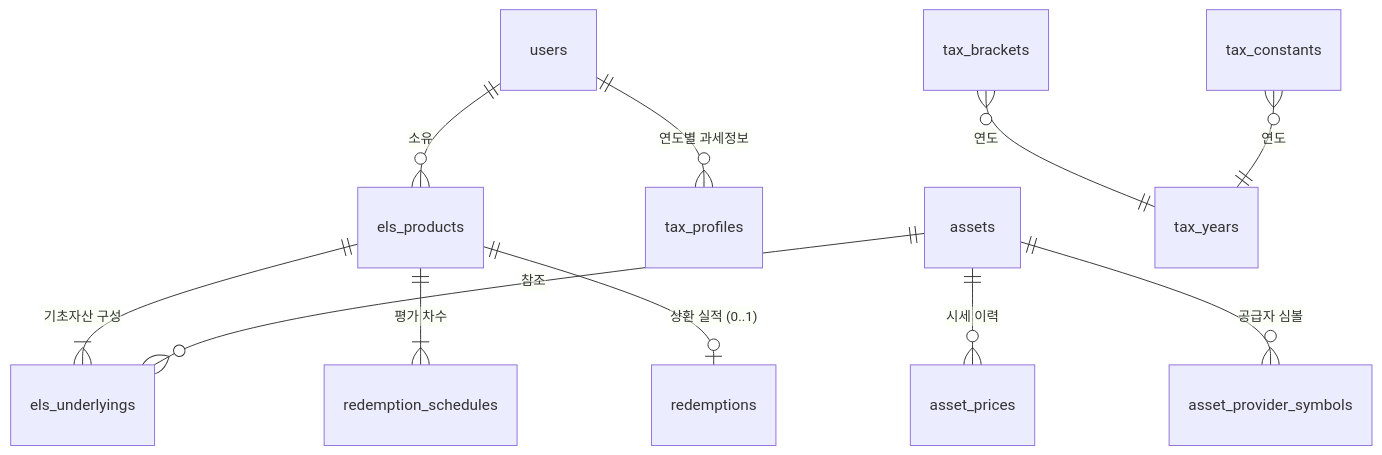
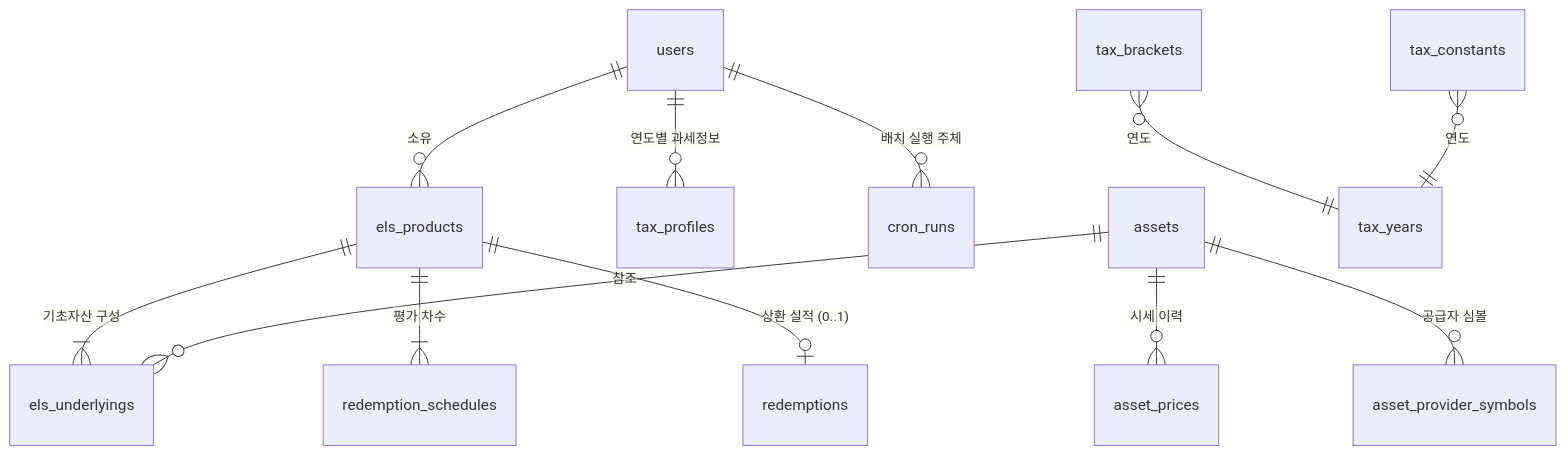
The diagram in docs/02_데이터_모델.md (hellinii/els-manager), drawn with Mermaid before and after one commit. The commit also changed other lines of this file and 8 other files, not shown here.

First line of the commit message:
docs: 시세 원천을 재선정하고 관측·정체성을 닫는다 — ADR-008 · cron_runs · AQ-57 (P5a 컷 0)

````diff
--- a/docs/02_데이터_모델.md
+++ b/docs/02_데이터_모델.md
@@ -55,13 +56,14 @@
 ```mermaid
 erDiagram
     users ||--o{ els_products : "소유"
     users ||--o{ tax_profiles : "연도별 과세정보"
+    users ||--o{ cron_runs : "배치 실행 주체"
     els_products ||--|{ els_underlyings : "기초자산 구성"
     els_products ||--|{ redemption_schedules : "평가 차수"
     els_products ||--o| redemptions : "상환 실적 (0..1)"
     assets ||--o{ els_underlyings : "참조"
     assets ||--o{ asset_prices : "시세 이력"
     assets ||--o{ asset_provider_symbols : "공급자 심볼"
     tax_brackets }o--|| tax_years : "연도"
     tax_constants }o--|| tax_years : "연도"
 ```
````
